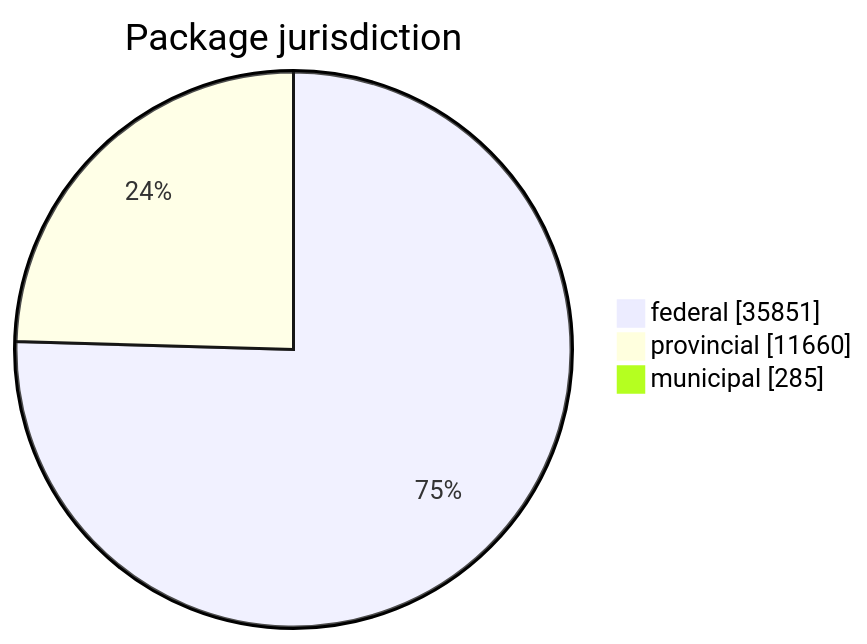
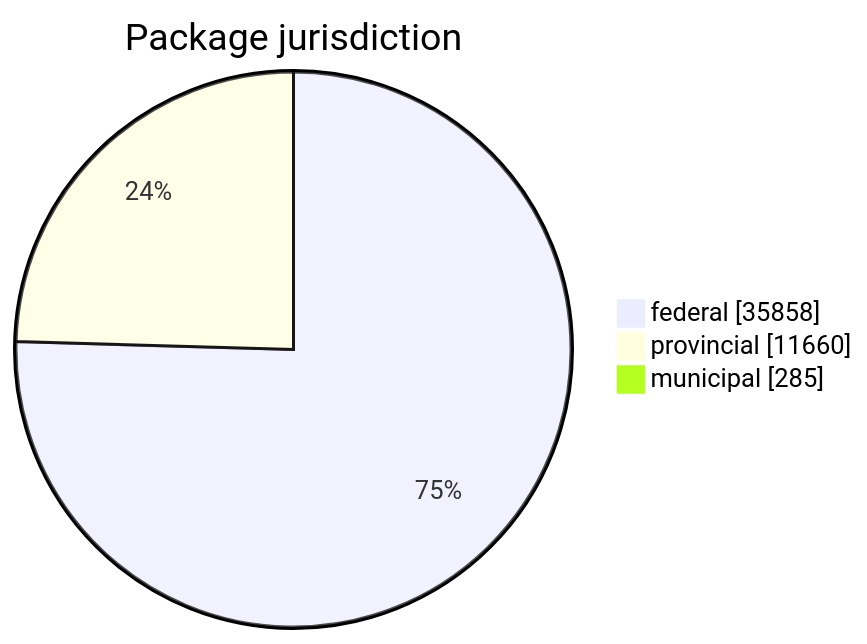
One commit to open-data/analytics-corporate-reporting changed the first of 5 diagrams in FreshCheck/README.md. Above: the diagram before and after it, drawn with Mermaid. The commit also changed other lines of this file and 3 other files, not shown here.

````diff
--- a/FreshCheck/README.md
+++ b/FreshCheck/README.md
@@ -60,6 +60,6 @@
 ```mermaid
 pie showData title Package jurisdiction
-    "federal": 35851
+    "federal": 35858
     "provincial": 11660
     "municipal": 285
 ```
````
